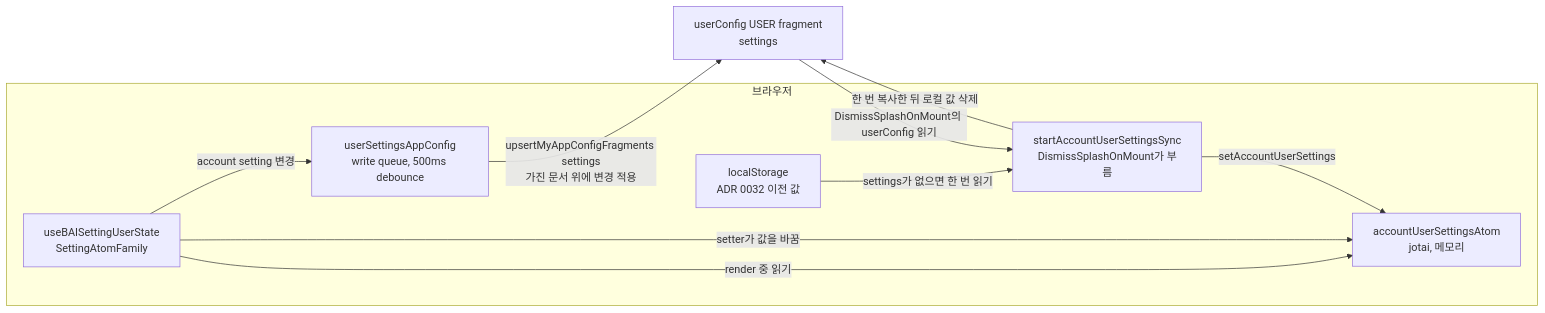
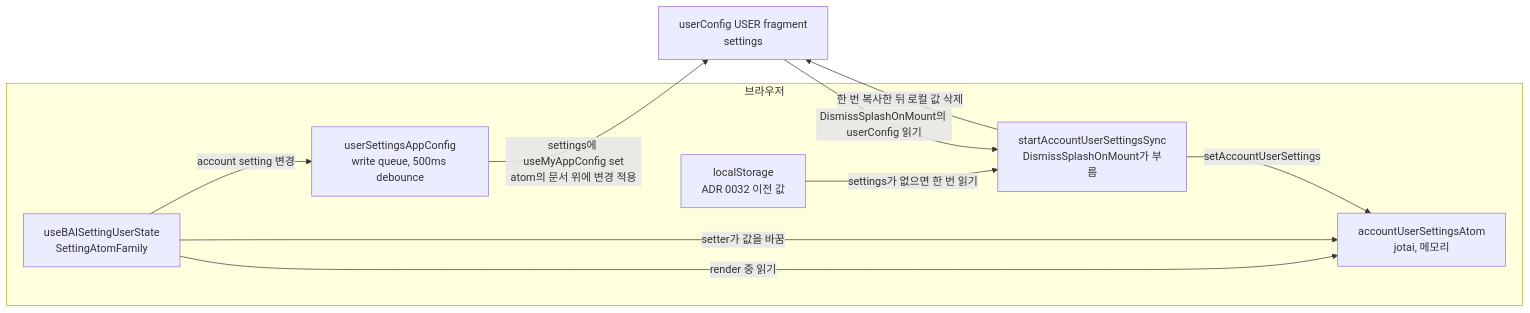
The diagram in docs/adr/0032-personal-settings-in-the-user-app-config.ko.md (lablup/backend.ai-webui), drawn with Mermaid before and after one commit. The commit also changed other lines of this file and 6 other files, not shown here.

First line of the commit message:
refactor(#10435): start the account settings sync from useMyAppConfig('settings')

````diff
--- a/docs/adr/0032-personal-settings-in-the-user-app-config.ko.md
+++ b/docs/adr/0032-personal-settings-in-the-user-app-config.ko.md
@@ -24,19 +24,19 @@
 ```mermaid
 flowchart LR
   subgraph browser["브라우저"]
     hook["useBAISettingUserState<br/>SettingAtomFamily"]
     memory["accountUserSettingsAtom<br/>jotai, 메모리"]
     legacy["localStorage<br/>ADR 0032 이전 값"]
     queue["userSettingsAppConfig<br/>write queue, 500ms debounce"]
     sync["startAccountUserSettingsSync<br/>DismissSplashOnMount가 부름"]
   end
   user["userConfig USER fragment<br/>settings"]
   hook -- "render 중 읽기" --> memory
   hook -- "setter가 값을 바꿈" --> memory
   hook -- "account setting 변경" --> queue
-  queue -- "upsertMyAppConfigFragments settings<br/>가진 문서 위에 변경 적용" --> user
+  queue -- "settings에 useMyAppConfig set<br/>atom의 문서 위에 변경 적용" --> user
   user -- "DismissSplashOnMount의 userConfig 읽기" --> sync
   sync -- "setAccountUserSettings" --> memory
   legacy -- "settings가 없으면 한 번 읽기" --> sync
   sync -- "한 번 복사한 뒤 로컬 값 삭제" --> user
 ```
````
